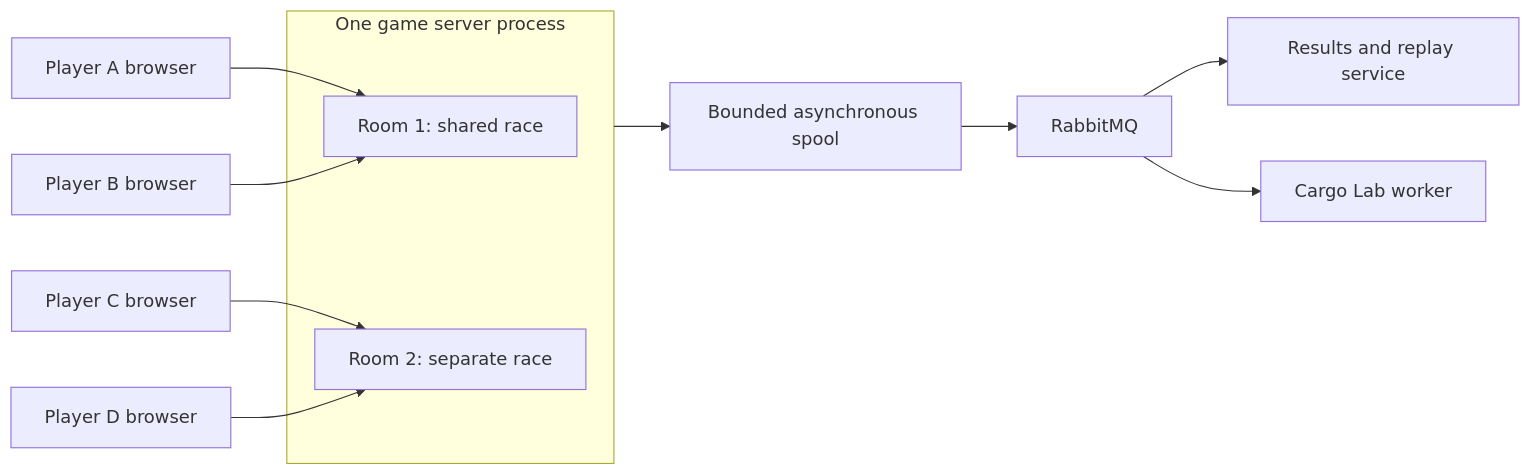
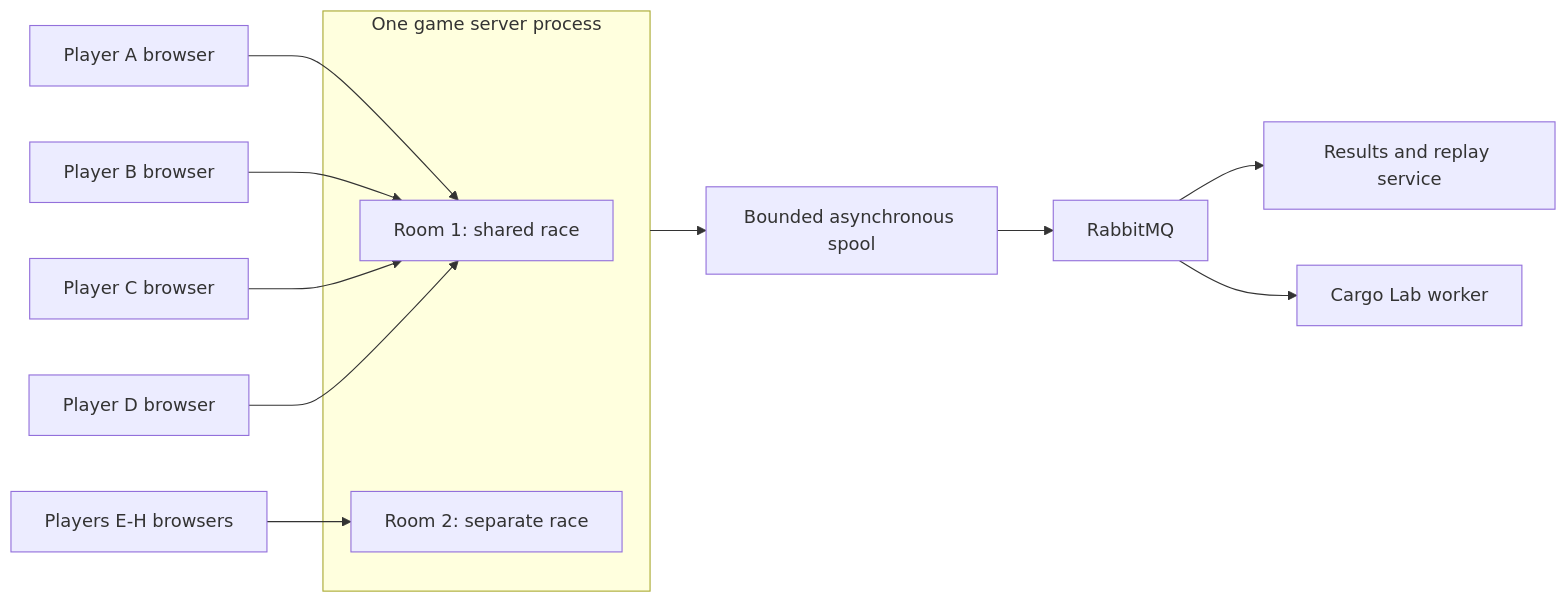
The diagram in docs/one-trip-lang/infrastructure.md (jericho1050/one-trip-lang), drawn with Mermaid before and after one commit. The commit also changed other lines of this file and 24 other files, not shown here.

````diff
--- a/docs/one-trip-lang/infrastructure.md
+++ b/docs/one-trip-lang/infrastructure.md
@@ -11,15 +11,16 @@
 ```mermaid
 flowchart LR
   A[Player A browser] --> R1[Room 1: shared race]
   B[Player B browser] --> R1
-  C[Player C browser] --> R2[Room 2: separate race]
-  D[Player D browser] --> R2
+  C[Player C browser] --> R1
+  D[Player D browser] --> R1
+  E[Players E-H browsers] --> R2[Room 2: separate race]
   subgraph Authority[One game server process]
     R1
     R2
   end
   Authority --> S[Bounded asynchronous spool]
   S --> Q[RabbitMQ]
   Q --> P[Results and replay service]
   Q --> W[Cargo Lab worker]
 ```
````
